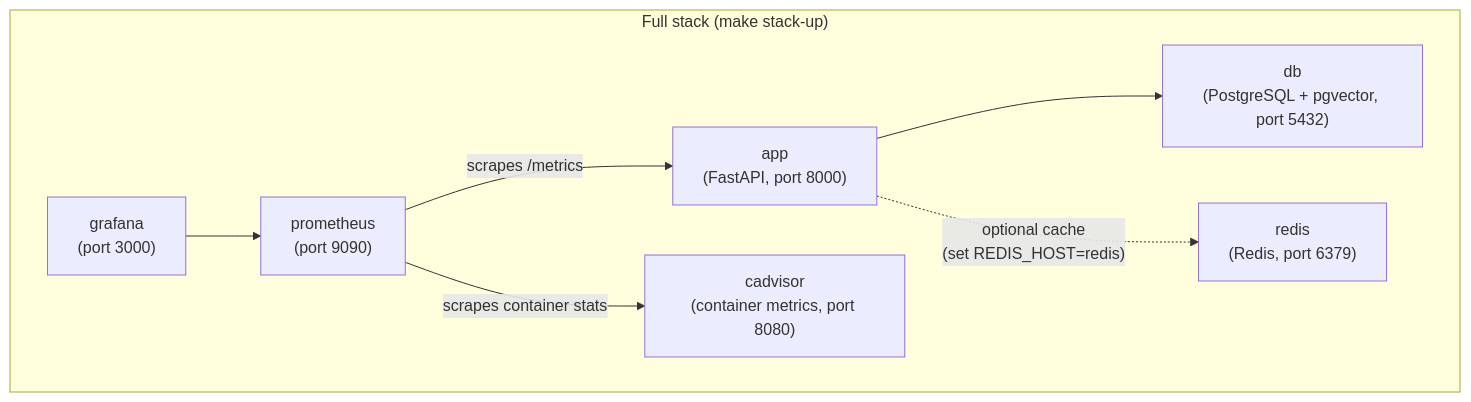
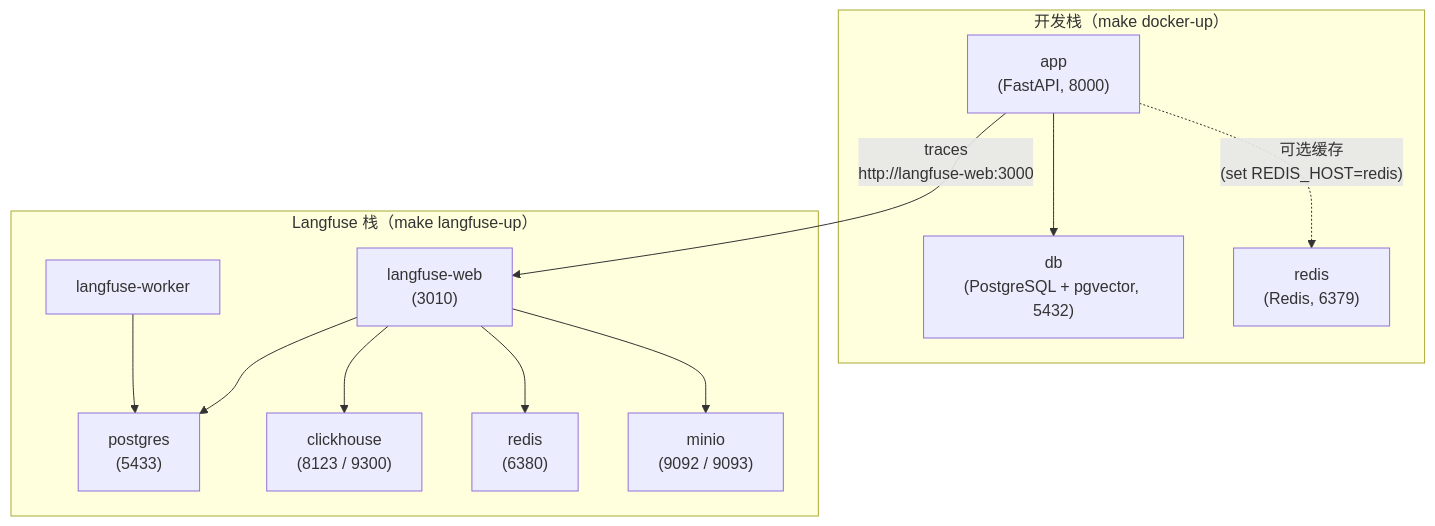
The diagram in docs/docker.md (Offer-Buddy/fly-agent), drawn with Mermaid before and after one commit. The commit also changed other lines of this file and 21 other files, not shown here.

First line of the commit message:
refactor: 移除 Prometheus/Grafana/cadvisor，观测改为自建 Langfuse + 请求日志

````diff
--- a/docs/docker.md
+++ b/docs/docker.md
@@ -5,17 +5,26 @@
 ```mermaid
 graph TB
-    subgraph stack["Full stack (make stack-up)"]
-        app["app\n(FastAPI, port 8000)"]
-        db["db\n(PostgreSQL + pgvector, port 5432)"]
-        redis["redis\n(Redis, port 6379)"]
-        prometheus["prometheus\n(port 9090)"]
-        grafana["grafana\n(port 3000)"]
-        cadvisor["cadvisor\n(container metrics, port 8080)"]
+    subgraph stack["开发栈（make docker-up）"]
+        app["app\n(FastAPI, 8000)"]
+        db["db\n(PostgreSQL + pgvector, 5432)"]
+        redis["redis\n(Redis, 6379)"]
+    end
+
+    subgraph lf["Langfuse 栈（make langfuse-up）"]
+        web["langfuse-web\n(3010)"]
+        worker["langfuse-worker"]
+        lfpg["postgres\n(5433)"]
+        ch["clickhouse\n(8123 / 9300)"]
+        lfredis["redis\n(6380)"]
+        minio["minio\n(9092 / 9093)"]
     end
 
     app --> db
-    app -.->|"optional cache\n(set REDIS_HOST=redis)"| redis
-    prometheus -->|"scrapes /metrics"| app
-    prometheus -->|"scrapes container stats"| cadvisor
-    grafana --> prometheus
+    app -.->|"可选缓存\n(set REDIS_HOST=redis)"| redis
+    app -->|"traces\nhttp://langfuse-web:3000"| web
+    web --> lfpg
+    web --> ch
+    web --> lfredis
+    web --> minio
+    worker --> lfpg
 ```
````
